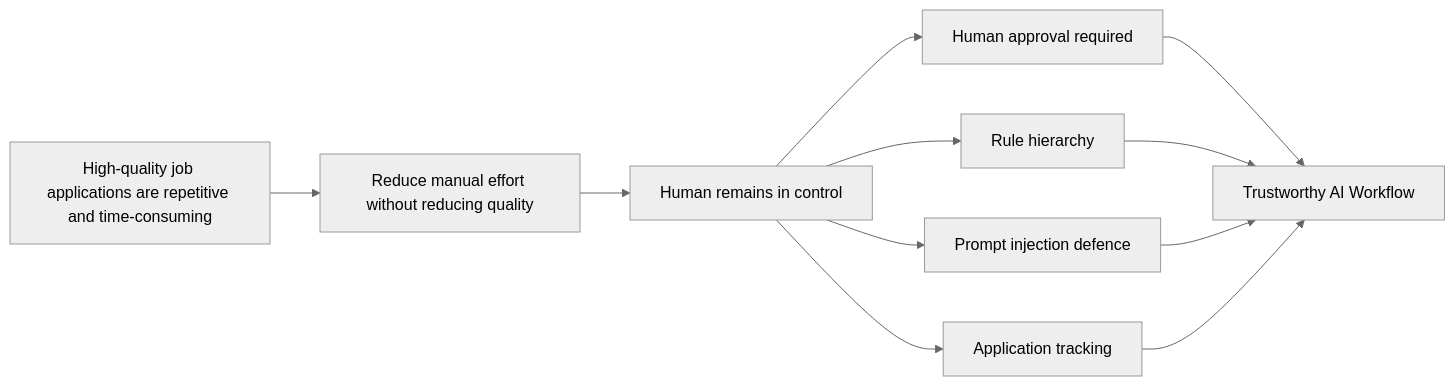
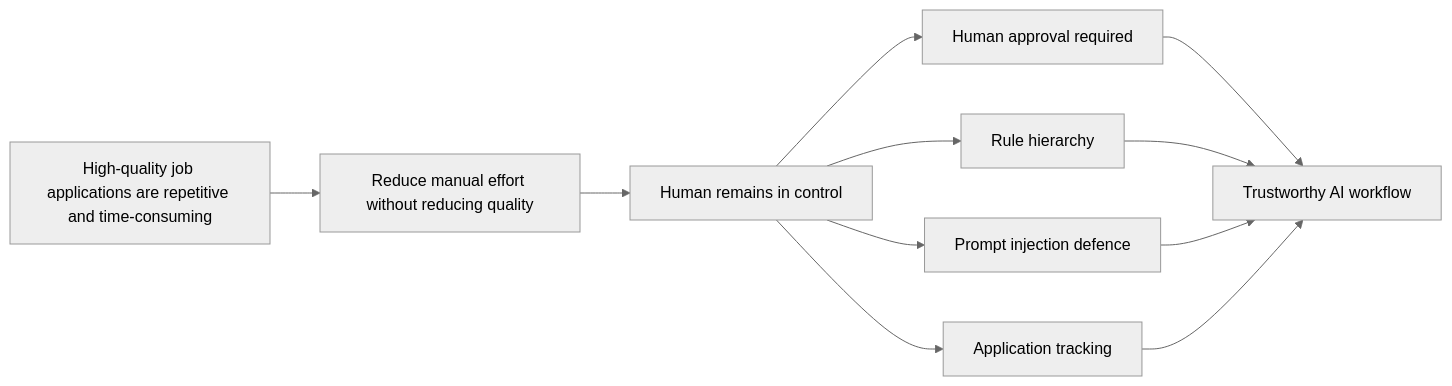
The first of 4 diagrams in readme.md (kakkarprerna/agentic-job-application-workflow), drawn with Mermaid (neutral theme) before and after one commit. The commit also changed other lines of this file, not shown here.

````diff
--- a/readme.md
+++ b/readme.md
@@ -53,25 +28,14 @@
 ```mermaid
 flowchart LR
-
 Problem["High-quality job applications are repetitive and time-consuming"]
-
 --> Goal["Reduce manual effort without reducing quality"]
-
 Goal --> Decision["Human remains in control"]
-
 Decision --> Approval["Human approval required"]
-
 Decision --> Rules["Rule hierarchy"]
-
 Decision --> Safety["Prompt injection defence"]
-
 Decision --> Tracker["Application tracking"]
-
-Approval --> Outcome["Trustworthy AI Workflow"]
-
+Approval --> Outcome["Trustworthy AI workflow"]
 Rules --> Outcome
-
 Safety --> Outcome
-
 Tracker --> Outcome
 ```
````
